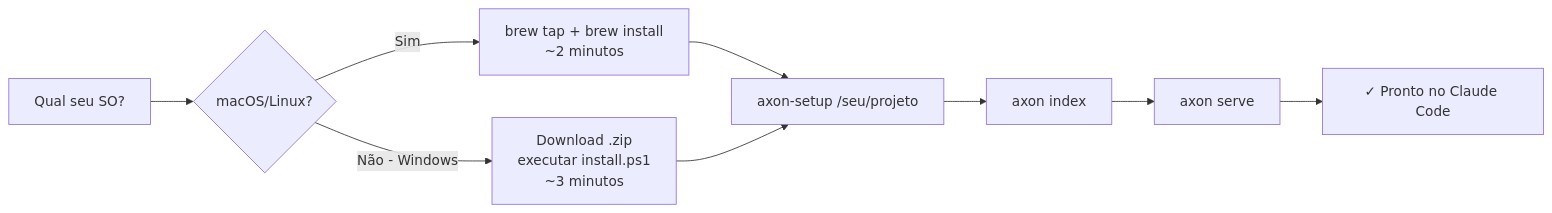
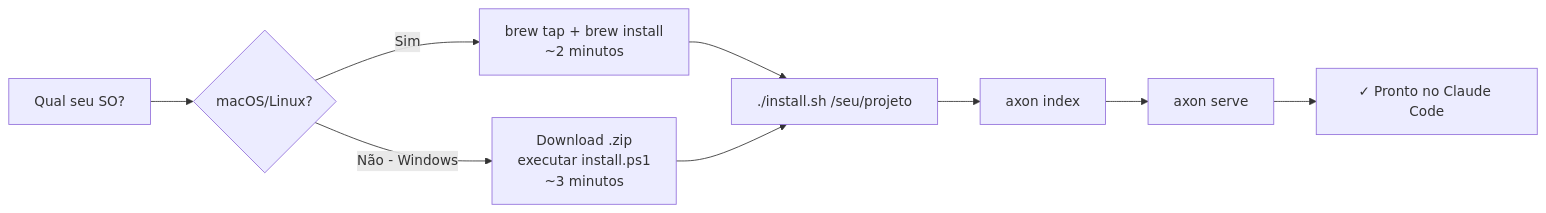
Before and after one commit to HideakiSolutions/axon-releases: the fifth of 6 diagrams in README.md, drawn with Mermaid. The commit also changed other lines of this file and 4 other files, not shown here.

First line of the commit message:
docs: fix install flow for laypeople (install.sh not axon-setup, releases/latest, model+MCP auto)

````diff
--- a/README.md
+++ b/README.md
@@ -526,11 +548,11 @@
 ```mermaid
 flowchart LR
     A[Qual seu SO?] --> B{macOS/Linux?}
     B -->|Sim| C[brew tap + brew install\n~2 minutos]
     B -->|Não - Windows| D[Download .zip\nexecutar install.ps1\n~3 minutos]
-    C --> E[axon-setup /seu/projeto]
+    C --> E[./install.sh /seu/projeto]
     D --> E
     E --> F[axon index]
     F --> G[axon serve]
     G --> H[✓ Pronto no Claude Code]
 ```
````
